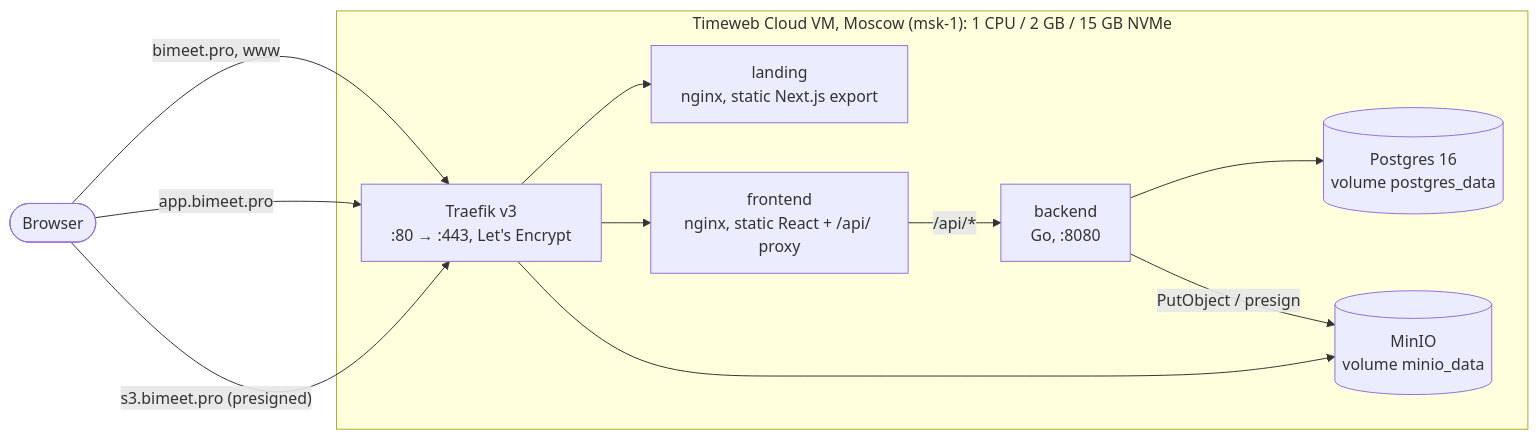
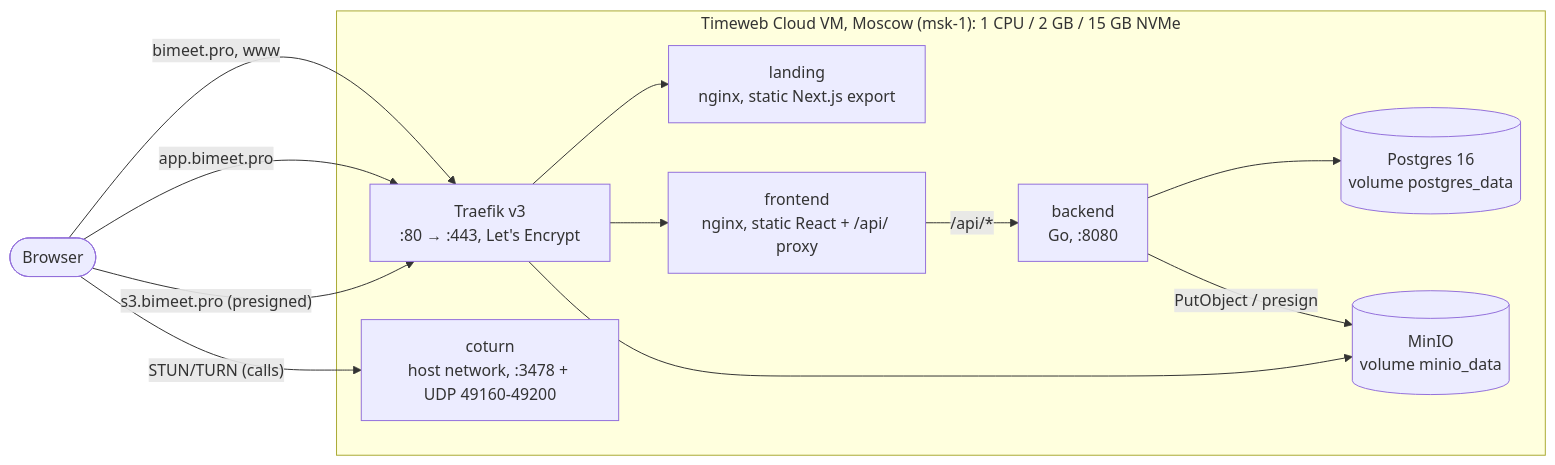
The first of 5 diagrams in docs/architecture.md (AntonSlavshchikov/bimeet), drawn with Mermaid before and after one commit. The commit also changed other lines of this file and 5 other files, not shown here.

Commit message:
docs: add ADR 0005, call sequence diagram and calls runbook

````diff
--- a/docs/architecture.md
+++ b/docs/architecture.md
@@ -7,23 +7,25 @@
 ```mermaid
 flowchart LR
     user([Browser])
 
     subgraph vm["Timeweb Cloud VM, Moscow (msk-1): 1 CPU / 2 GB / 15 GB NVMe"]
         traefik["Traefik v3<br/>:80 → :443, Let's Encrypt"]
         landing["landing<br/>nginx, static Next.js export"]
         frontend["frontend<br/>nginx, static React + /api/ proxy"]
         backend["backend<br/>Go, :8080"]
         postgres[("Postgres 16<br/>volume postgres_data")]
         minio[("MinIO<br/>volume minio_data")]
+        coturn["coturn<br/>host network, :3478 + UDP 49160-49200"]
     end
 
     user -- "bimeet.pro, www" --> traefik
     user -- "app.bimeet.pro" --> traefik
     user -- "s3.bimeet.pro (presigned)" --> traefik
     traefik --> landing
     traefik --> frontend
     traefik --> minio
     frontend -- "/api/*" --> backend
     backend --> postgres
     backend -- "PutObject / presign" --> minio
+    user -- "STUN/TURN (calls)" --> coturn
 ```
````
